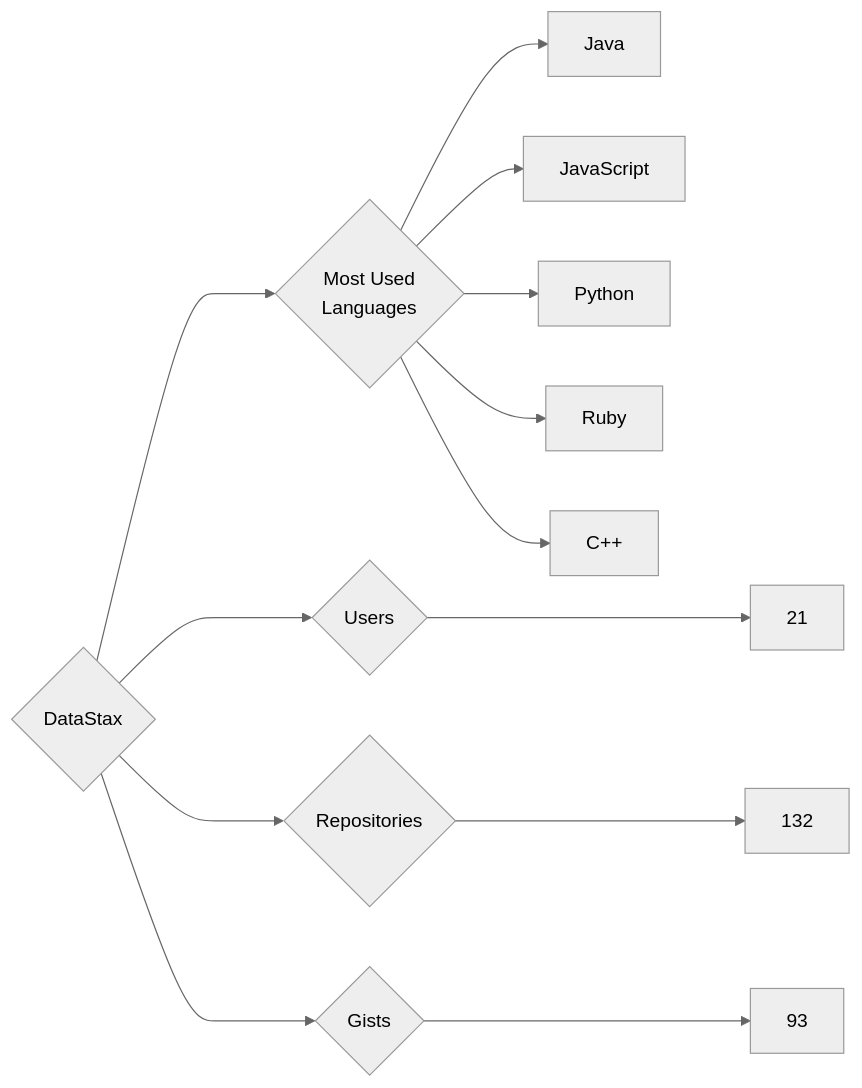
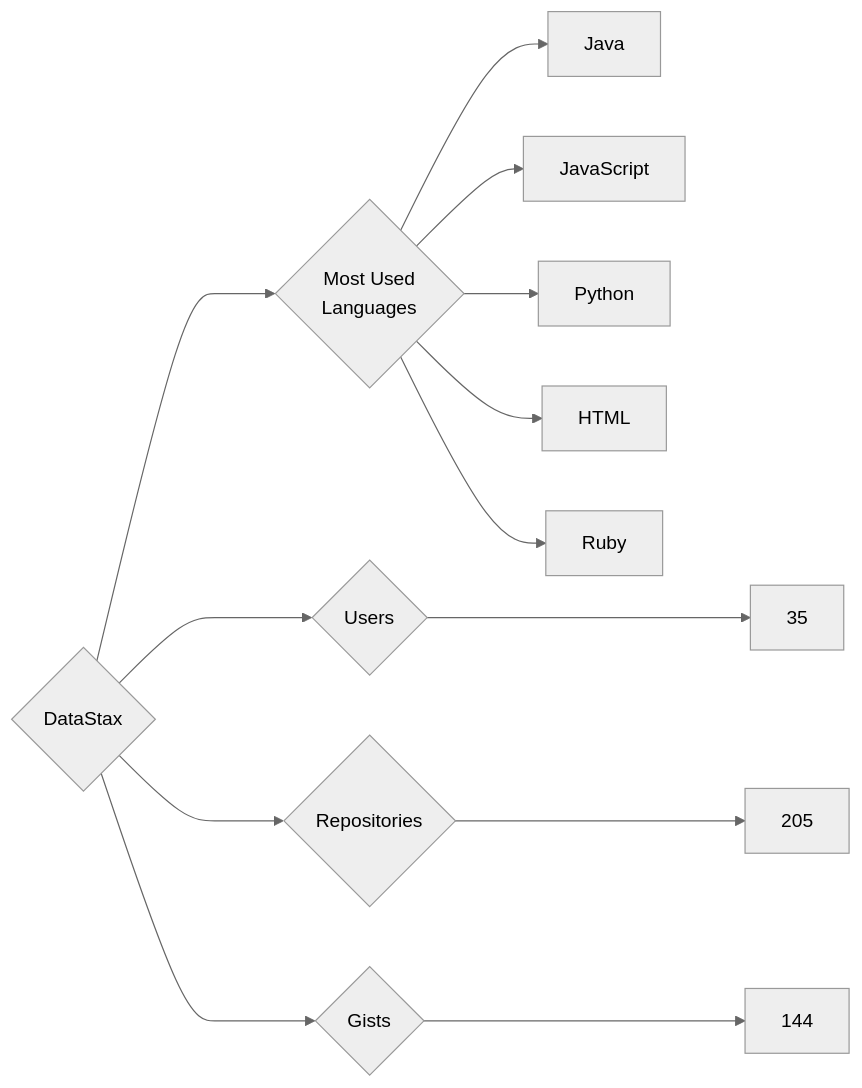
The diagram in targets/DataStax/README.md (trickest/insiders), drawn with Mermaid (neutral theme) before and after one commit. The commit also changed 965 other files, not shown here.

````diff
--- a/targets/DataStax/README.md
+++ b/targets/DataStax/README.md
@@ -3,13 +3,13 @@
 ```mermaid
 graph LR
 COMPANY_NAME{DataStax}
-COMPANY_NAME ---> U{Users} ---> UN[21]
-COMPANY_NAME ---> R{Repositories} ---> RN[132]
-COMPANY_NAME ---> G{Gists} ---> GN[93]
+COMPANY_NAME ---> U{Users} ---> UN[35]
+COMPANY_NAME ---> R{Repositories} ---> RN[205]
+COMPANY_NAME ---> G{Gists} ---> GN[144]
 COMPANY_NAME ---> ML{Most Used<br>Languages}
 ML --> Java[Java]
 ML --> JavaScript[JavaScript]
 ML --> Python[Python]
+ML --> HTML[HTML]
 ML --> Ruby[Ruby]
-ML --> C++[C++]
 ```
````
